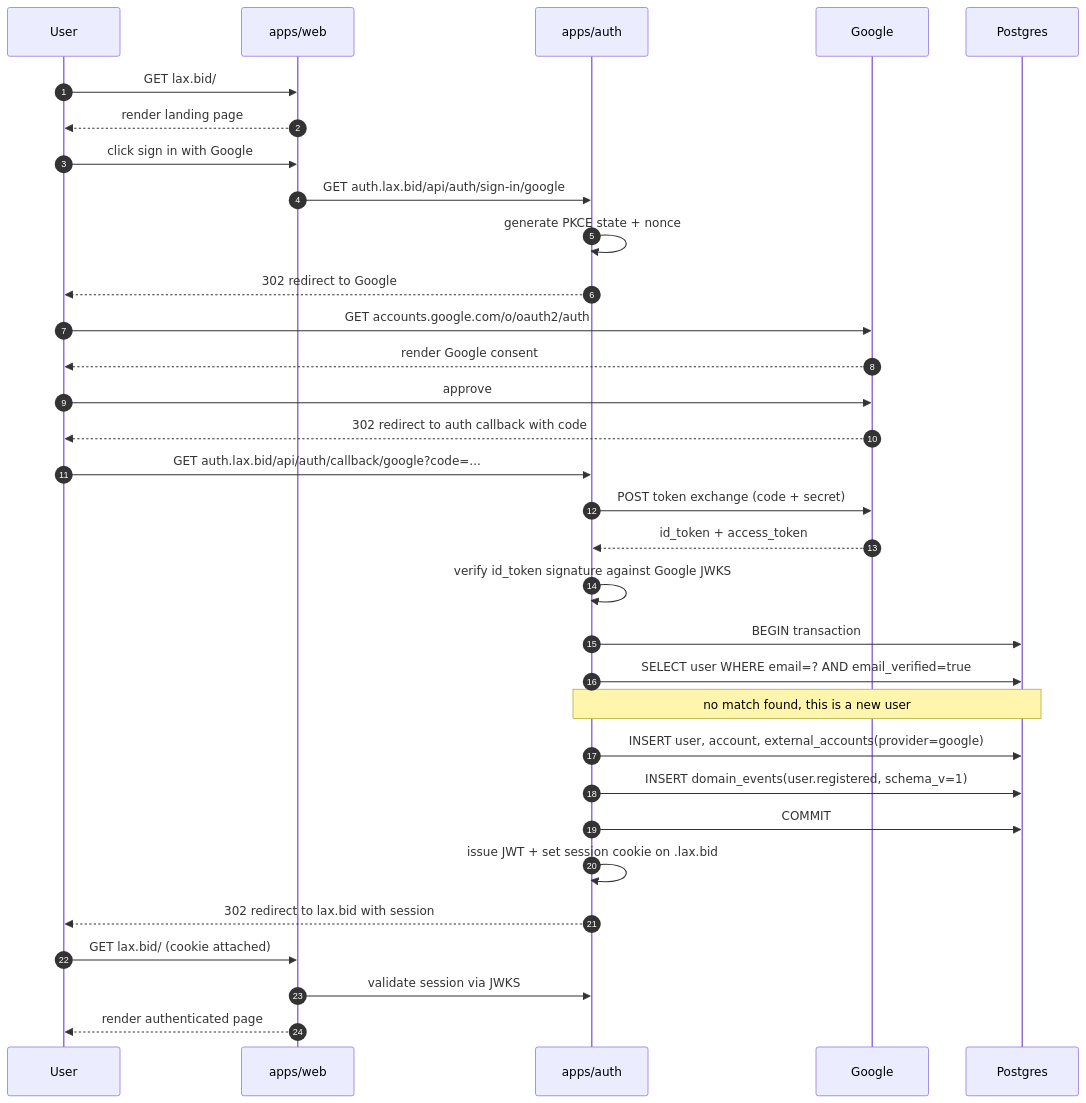
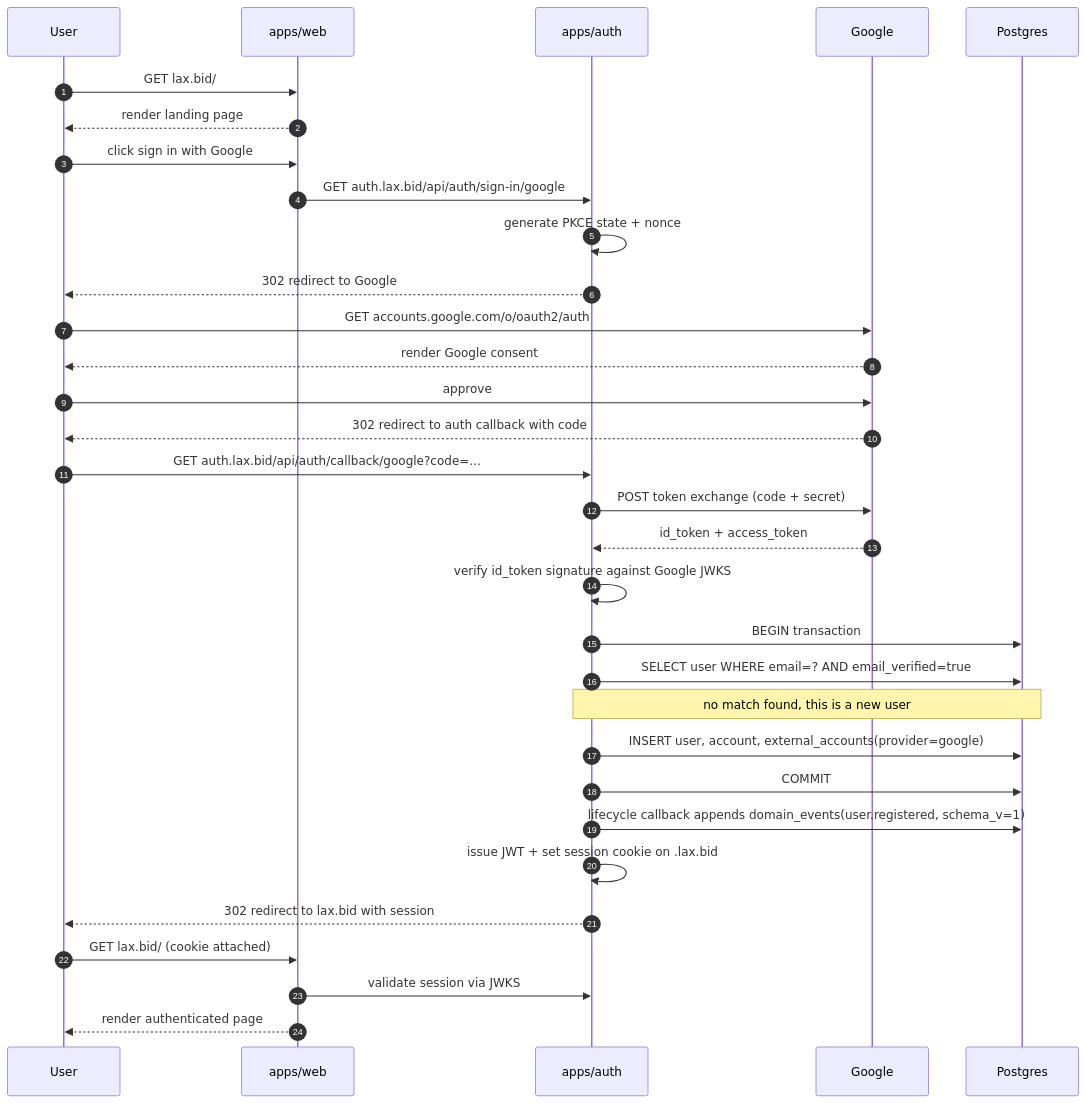
Before and after one commit to LAX-UK/monorepo: the first of 4 diagrams in docs/architecture/05-identity-flow.md, drawn with Mermaid. The commit also changed other lines of this file and 38 other files, not shown here.

````diff
--- a/docs/architecture/05-identity-flow.md
+++ b/docs/architecture/05-identity-flow.md
@@ -18,35 +19,35 @@
 ```mermaid
 sequenceDiagram
   autonumber
   participant U as User
   participant W as apps/web
   participant A as apps/auth
   participant G as Google
   participant DB as Postgres
 
   U->>W: GET lax.bid/
   W-->>U: render landing page
   U->>W: click sign in with Google
   W->>A: GET auth.lax.bid/api/auth/sign-in/google
   A->>A: generate PKCE state + nonce
   A-->>U: 302 redirect to Google
   U->>G: GET accounts.google.com/o/oauth2/auth
   G-->>U: render Google consent
   U->>G: approve
   G-->>U: 302 redirect to auth callback with code
   U->>A: GET auth.lax.bid/api/auth/callback/google?code=...
   A->>G: POST token exchange (code + secret)
   G-->>A: id_token + access_token
   A->>A: verify id_token signature against Google JWKS
   A->>DB: BEGIN transaction
   A->>DB: SELECT user WHERE email=? AND email_verified=true
   Note over A,DB: no match found, this is a new user
   A->>DB: INSERT user, account, external_accounts(provider=google)
-  A->>DB: INSERT domain_events(user.registered, schema_v=1)
   A->>DB: COMMIT
+  A->>DB: lifecycle callback appends domain_events(user.registered, schema_v=1)
   A->>A: issue JWT + set session cookie on .lax.bid
   A-->>U: 302 redirect to lax.bid with session
   U->>W: GET lax.bid/ (cookie attached)
   W->>A: validate session via JWKS
   W-->>U: render authenticated page
 ```
````
